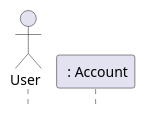
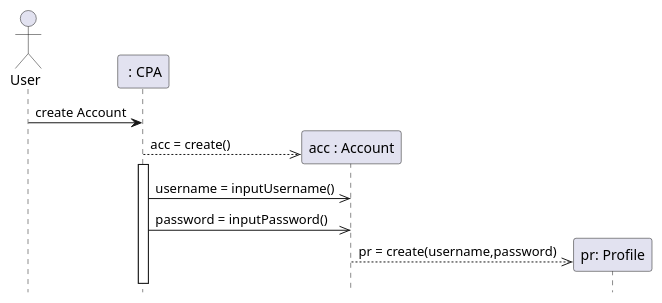
The second of 2 diagrams in doc/design.md (PriyaMulla/Carpool-Connect-VC), drawn with PlantUML before and after one commit.

Commit message:
Edited seq diagram

````diff
--- a/doc/design.md
+++ b/doc/design.md
@@ -67,10 +67,18 @@
 ```plantuml
 @startuml
 hide footbox
 
 actor User as user
-participant " : Account" as account
+participant " : CPA" as system
+participant "acc : Account" as account
+participant "pr: Profile" as profile
 
+user -> system : create Account
+system -->> account ** : acc = create()
+activate system
+system ->> account : username = inputUsername()
+system ->> account : password = inputPassword()
 
+account -->> profile **: pr = create(username,password)
 @enduml
 ```
````
